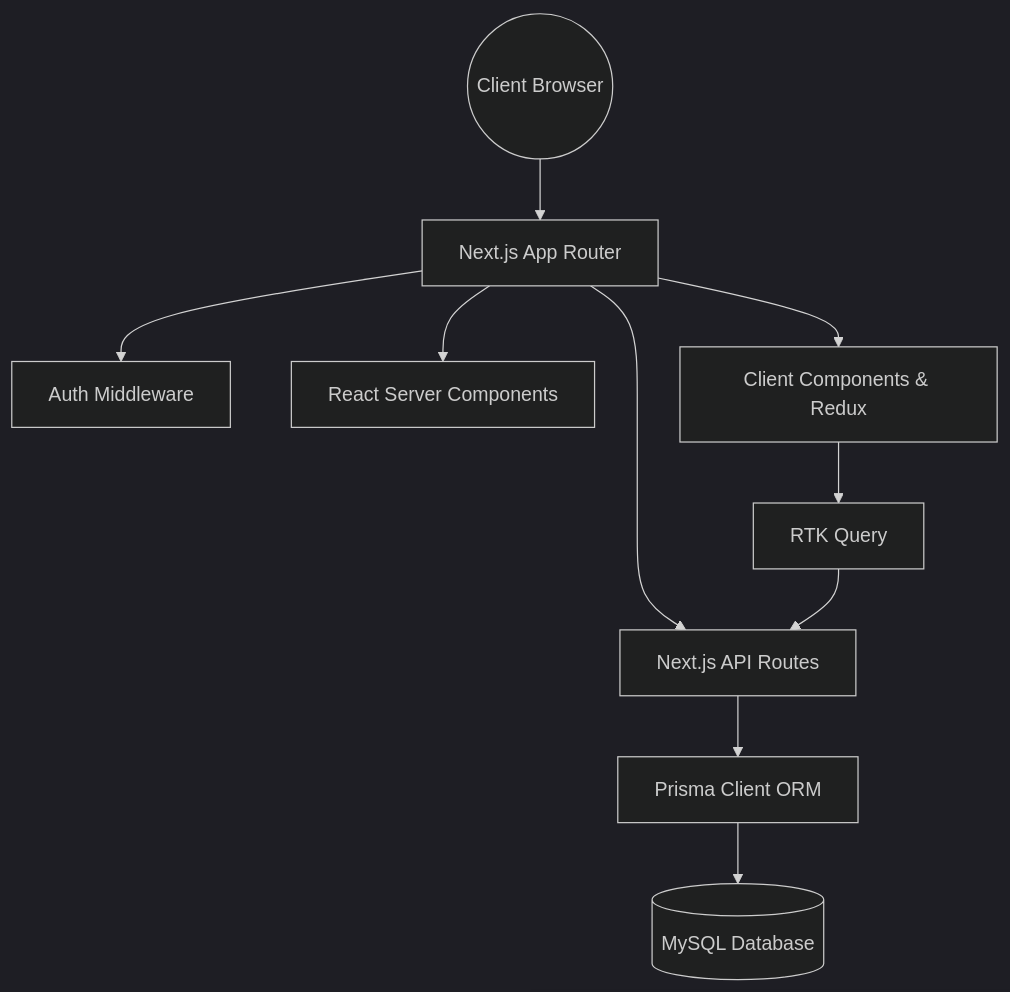
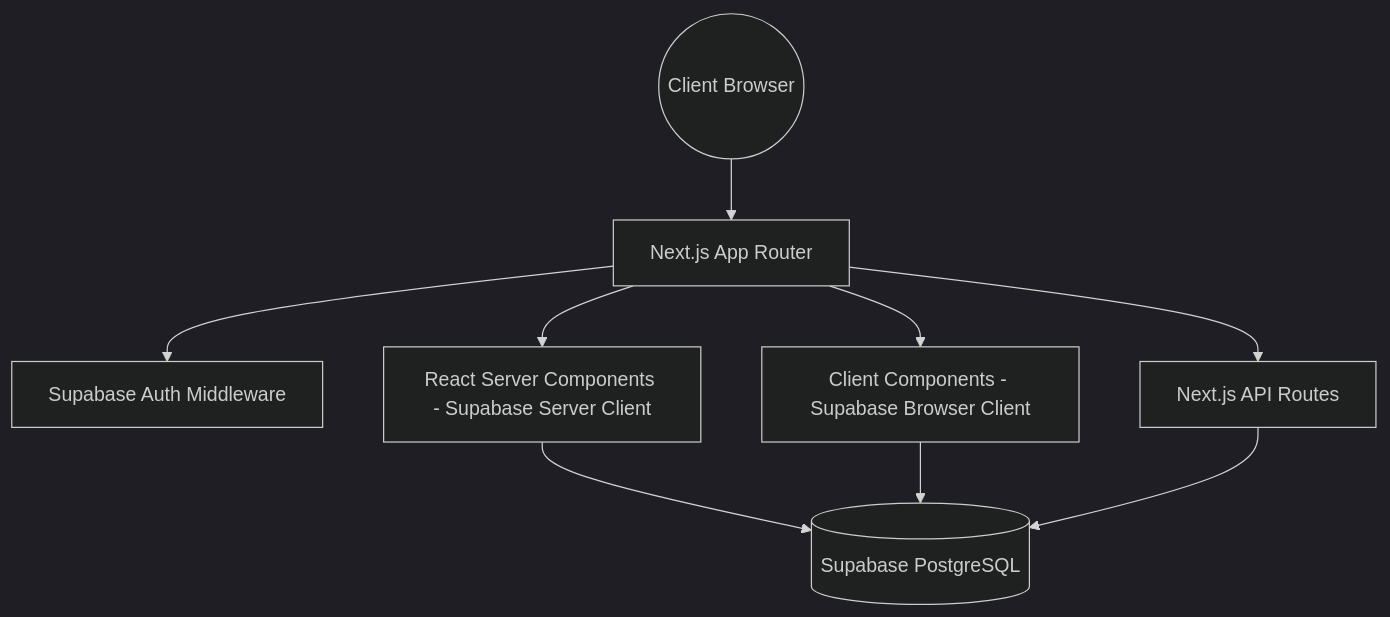
One commit to SurinderSing/PORTFOLIO-NEXT changed the diagram in docs/TRD.md. Above: the diagram before and after it, drawn with Mermaid (dark theme). The commit also changed other lines of this file and 34 other files, not shown here.

Commit message:
feat: initialize project architecture with Supabase authentication and route-based application flow

````diff
--- a/docs/TRD.md
+++ b/docs/TRD.md
@@ -6,12 +6,11 @@
 ```mermaid
 graph TD
   User((Client Browser)) --> NextJS[Next.js App Router]
-  NextJS --> Middleware[Auth Middleware]
-  NextJS --> RSC[React Server Components]
-  NextJS --> CC[Client Components & Redux]
+  NextJS --> Middleware[Supabase Auth Middleware]
+  NextJS --> RSC[React Server Components - Supabase Server Client]
+  NextJS --> CC[Client Components - Supabase Browser Client]
   NextJS --> API[Next.js API Routes]
-  API --> Prisma[Prisma Client ORM]
-  Prisma --> DB[(MySQL Database)]
-  CC --> RTK[RTK Query]
-  RTK --> API
+  RSC --> Supabase[(Supabase PostgreSQL)]
+  CC --> Supabase
+  API --> Supabase
 ```
````
